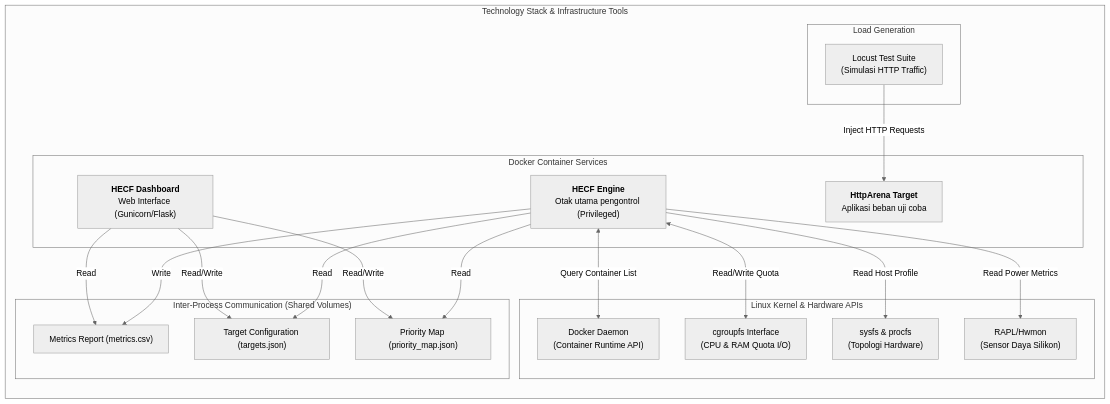
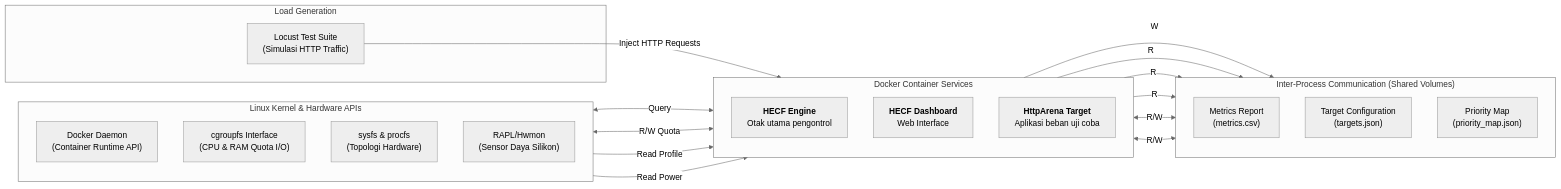
Before and after one commit to fauzanreza/green-container-framework: the second of 2 diagrams in architecture-diagrams/00-concept/tools_infrastructure.md, drawn with Mermaid (neutral theme). The commit also changed other lines of this file and 5440 other files, not shown here.

````diff
--- a/architecture-diagrams/00-concept/tools_infrastructure.md
+++ b/architecture-diagrams/00-concept/tools_infrastructure.md
@@ -78,44 +81,43 @@
 ```mermaid
-flowchart TB
-    subgraph INFRA["Technology Stack & Infrastructure Tools"]
+flowchart LR
+    subgraph OS["Linux Kernel & Hardware APIs"]
         direction TB
+        DOCKER_API["Docker Daemon<br/>(Container Runtime API)"]
+        PENGATUR["cgroupfs Interface<br/>(CPU & RAM Quota I/O)"]
+        INFO["sysfs & procfs<br/>(Topologi Hardware)"]
+        LISTRIK["RAPL/Hwmon<br/>(Sensor Daya Silikon)"]
+    end
 
-        subgraph APPS["Docker Container Services"]
-            MESIN["<b>HECF Engine</b><br/>Otak utama pengontrol (Privileged)"]
-            LAYAR["<b>HECF Dashboard</b><br/>Web Interface (Gunicorn/Flask)"]
-            BENCHMARK["<b>HttpArena Target</b><br/>Aplikasi beban uji coba"]
-        end
+    subgraph APPS["Docker Container Services"]
+        direction TB
+        MESIN["<b>HECF Engine</b><br/>Otak utama pengontrol"]
+        LAYAR["<b>HECF Dashboard</b><br/>Web Interface"]
+        BENCHMARK["<b>HttpArena Target</b><br/>Aplikasi beban uji coba"]
+    end
 
-        subgraph FILE["Inter-Process Communication (Shared Volumes)"]
-            LAPORAN["Metrics Report (metrics.csv)"]
-            DAFTAR["Target Configuration (targets.json)"]
-            PRIORITAS["Priority Map (priority_map.json)"]
-        end
+    subgraph FILE["Inter-Process Communication (Shared Volumes)"]
+        direction TB
+        LAPORAN["Metrics Report<br/>(metrics.csv)"]
+        DAFTAR["Target Configuration<br/>(targets.json)"]
+        PRIORITAS["Priority Map<br/>(priority_map.json)"]
+    end
 
-        subgraph OS["Linux Kernel & Hardware APIs"]
-            PENGATUR["cgroupfs Interface<br/>(CPU & RAM Quota I/O)"]
-            INFO["sysfs & procfs<br/>(Topologi Hardware)"]
-            LISTRIK["RAPL/Hwmon<br/>(Sensor Daya Silikon)"]
-            DOCKER_API["Docker Daemon<br/>(Container Runtime API)"]
-        end
+    subgraph PENGUJI["Load Generation"]
+        LOCUST["Locust Test Suite<br/>(Simulasi HTTP Traffic)"]
+    end
 
-        subgraph PENGUJI["Load Generation"]
-            LOCUST["Locust Test Suite<br/>(Simulasi HTTP Traffic)"]
-        end
+    DOCKER_API <-->|"Query"| MESIN
+    PENGATUR <-->|"R/W Quota"| MESIN
+    INFO -->|"Read Profile"| MESIN
+    LISTRIK -->|"Read Power"| MESIN
 
-        MESIN -->|"Write"| LAPORAN
-        MESIN -->|"Read"| DAFTAR
-        MESIN -->|"Read"| PRIORITAS
+    MESIN -->|"W"| LAPORAN
+    MESIN -->|"R"| DAFTAR
+    MESIN -->|"R"| PRIORITAS
 
-        LAYAR -->|"Read"| LAPORAN
-        LAYAR -->|"Read/Write"| DAFTAR
-        LAYAR -->|"Read/Write"| PRIORITAS
+    LAYAR -->|"R"| LAPORAN
+    LAYAR <-->|"R/W"| DAFTAR
+    LAYAR <-->|"R/W"| PRIORITAS
 
-        MESIN <-->|"Query Container List"| DOCKER_API
-        MESIN <-->|"Read/Write Quota"| PENGATUR
-        MESIN -->|"Read Host Profile"| INFO
-        MESIN -->|"Read Power Metrics"| LISTRIK
-
-        LOCUST -->|"Inject HTTP Requests"| BENCHMARK
-    end
+    LOCUST -->|"Inject HTTP Requests"| BENCHMARK
 ```
````
